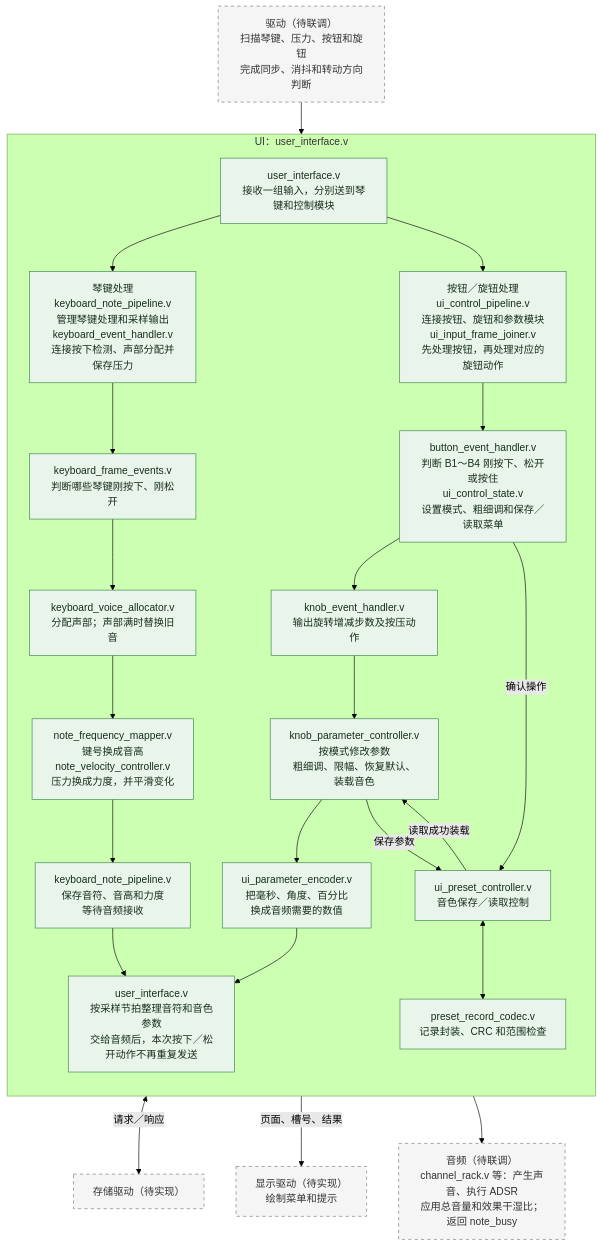
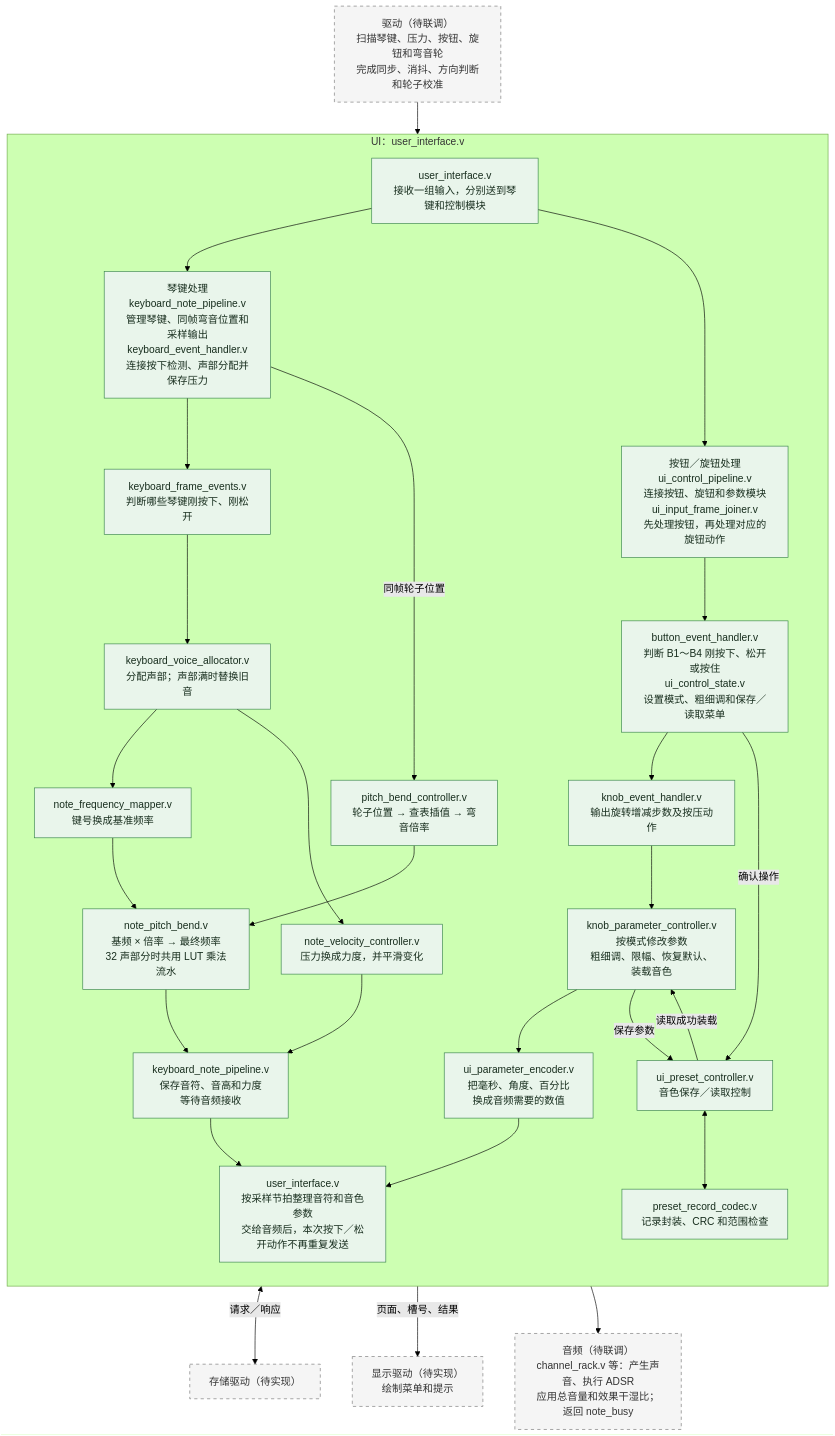
One commit to MaybeThready/MT-EMI changed the first of 2 diagrams in docs/UI模块README.md. Above: the diagram before and after it, drawn with Mermaid (forest theme). The commit also changed other lines of this file and 51 other files, not shown here.

````diff
--- a/docs/UI模块README.md
+++ b/docs/UI模块README.md
@@ -40,36 +57,41 @@
 ```mermaid
 flowchart TB
-    D["驱动（待联调）<br/>扫描琴键、压力、按钮和旋钮<br/>完成同步、消抖和转动方向判断"]
+    D["驱动（待联调）<br/>扫描琴键、压力、按钮、旋钮和弯音轮<br/>完成同步、消抖、方向判断和轮子校准"]
     subgraph UI["UI：user_interface.v"]
         direction TB
         I["user_interface.v<br/>接收一组输入，分别送到琴键和控制模块"]
-        K1["琴键处理<br/>keyboard_note_pipeline.v<br/>管理琴键处理和采样输出<br/>keyboard_event_handler.v<br/>连接按下检测、声部分配并保存压力"]
+        K1["琴键处理<br/>keyboard_note_pipeline.v<br/>管理琴键、同帧弯音位置和采样输出<br/>keyboard_event_handler.v<br/>连接按下检测、声部分配并保存压力"]
         C1["按钮／旋钮处理<br/>ui_control_pipeline.v<br/>连接按钮、旋钮和参数模块<br/>ui_input_frame_joiner.v<br/>先处理按钮，再处理对应的旋钮动作"]
         K2["keyboard_frame_events.v<br/>判断哪些琴键刚按下、刚松开"]
         C2["button_event_handler.v<br/>判断 B1～B4 刚按下、松开或按住<br/>ui_control_state.v<br/>设置模式、粗细调和保存／读取菜单"]
         K3["keyboard_voice_allocator.v<br/>分配声部；声部满时替换旧音"]
         C3["knob_event_handler.v<br/>输出旋转增减步数及按压动作"]
-        K4["note_frequency_mapper.v<br/>键号换成音高<br/>note_velocity_controller.v<br/>压力换成力度，并平滑变化"]
+        K4["note_frequency_mapper.v<br/>键号换成基准频率"]
+        V["note_velocity_controller.v<br/>压力换成力度，并平滑变化"]
+        BEND["pitch_bend_controller.v<br/>轮子位置 → 查表插值 → 弯音倍率"]
+        FREQ["note_pitch_bend.v<br/>基频 × 倍率 → 最终频率<br/>32 声部分时共用 LUT 乘法流水"]
         C4["knob_parameter_controller.v<br/>按模式修改参数<br/>粗细调、限幅、恢复默认、装载音色"]
         K5["keyboard_note_pipeline.v<br/>保存音符、音高和力度<br/>等待音频接收"]
         C5["ui_parameter_encoder.v<br/>把毫秒、角度、百分比<br/>换成音频需要的数值"]
         O["user_interface.v<br/>按采样节拍整理音符和音色参数<br/>交给音频后，本次按下／松开动作不再重复发送"]
         I --> K1 & C1
-        K1 --> K2 --> K3 --> K4 --> K5 --> O
+        K1 --> K2 --> K3 --> K4 --> FREQ --> K5 --> O
+        K1 -->|同帧轮子位置| BEND --> FREQ
+        K3 --> V --> K5
         C1 --> C2 --> C3 --> C4 --> C5 --> O
         P["ui_preset_controller.v<br/>音色保存／读取控制"]
         R["preset_record_codec.v<br/>记录封装、CRC 和范围检查"]
         C2 -->|确认操作| P
         C4 -->|保存参数| P
         P -->|读取成功装载| C4
         P <--> R
     end
     D --> I
     P <-->|请求／响应| S["存储驱动（待实现）"]
     C2 -->|页面、槽号、结果| LCD["显示驱动（待实现）<br/>绘制菜单和提示"]
     O --> A["音频（待联调）<br/>channel_rack.v 等：产生声音、执行 ADSR<br/>应用总音量和效果干湿比；返回 note_busy"]
     classDef done fill:#e9f5eb,stroke:#38834b,color:#172d1d;
     classDef pending fill:#f5f5f5,stroke:#777,stroke-dasharray:5 5,color:#333;
-    class I,K1,K2,K3,K4,K5,C1,C2,C3,C4,C5,O,P,R done;
+    class I,K1,K2,K3,K4,K5,V,BEND,FREQ,C1,C2,C3,C4,C5,O,P,R done;
     class D,A,S,LCD pending;
 ```
````
